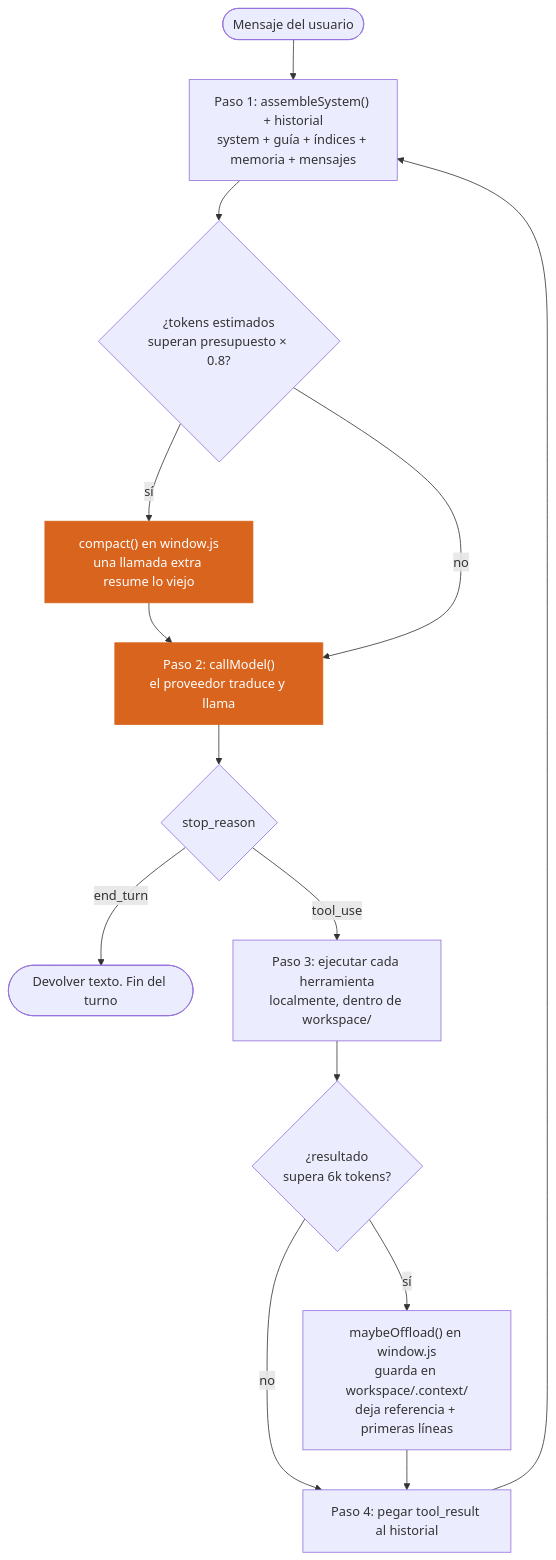
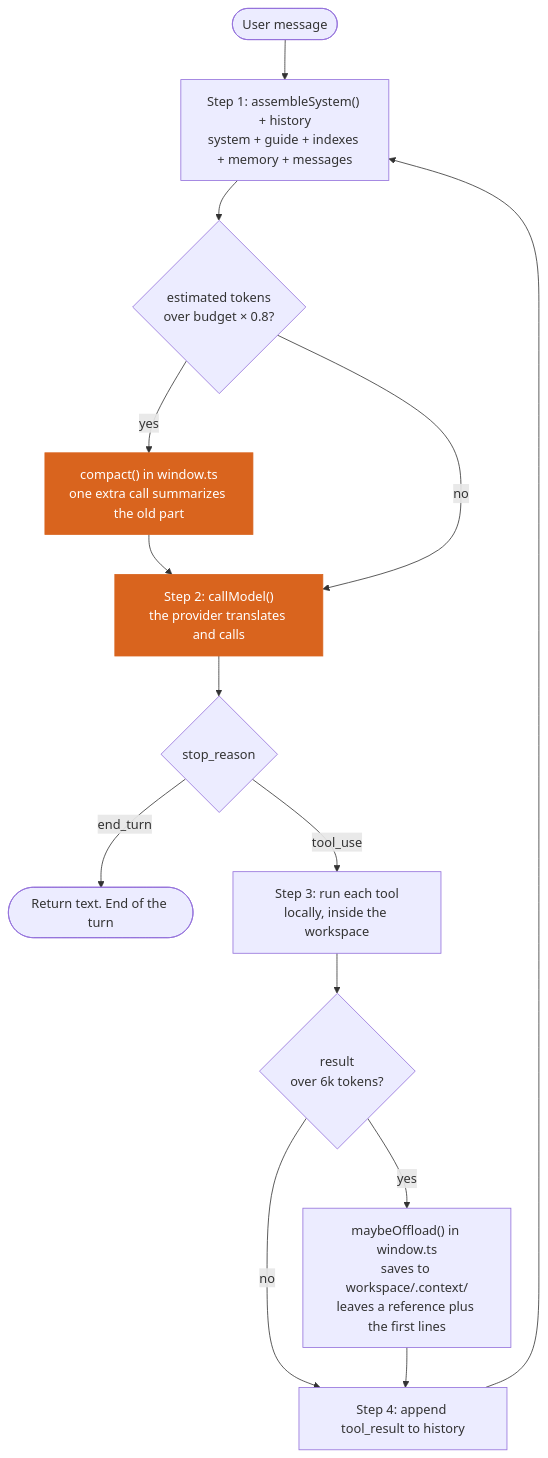
One commit to ada-school/ada-harness changed the fourth of 15 diagrams in README.md. Above: the diagram before and after it, drawn with Mermaid. The commit also changed other lines of this file and 95 other files, not shown here.

````diff
--- a/README.md
+++ b/README.md
@@ -239,18 +259,18 @@
 ```mermaid
 flowchart TD
-    START(["Mensaje del usuario"]) --> ASM["Paso 1: assembleSystem() + historial<br/>system + guía + índices + memoria + mensajes"]
-    ASM --> CHECK{"¿tokens estimados<br/>superan presupuesto × 0.8?"}
-    CHECK -->|sí| COMPACT["compact() en window.js<br/>una llamada extra resume lo viejo"]
+    START(["User message"]) --> ASM["Step 1: assembleSystem() + history<br/>system + guide + indexes + memory + messages"]
+    ASM --> CHECK{"estimated tokens<br/>over budget × 0.8?"}
+    CHECK -->|yes| COMPACT["compact() in window.ts<br/>one extra call summarizes the old part"]
     COMPACT --> CALL
-    CHECK -->|no| CALL["Paso 2: callModel()<br/>el proveedor traduce y llama"]
+    CHECK -->|no| CALL["Step 2: callModel()<br/>the provider translates and calls"]
     CALL --> STOP{"stop_reason"}
-    STOP -->|"end_turn"| DONE(["Devolver texto. Fin del turno"])
-    STOP -->|"tool_use"| EXEC["Paso 3: ejecutar cada herramienta<br/>localmente, dentro de workspace/"]
-    EXEC --> OFF{"¿resultado<br/>supera 6k tokens?"}
-    OFF -->|sí| DISK["maybeOffload() en window.js<br/>guarda en workspace/.context/<br/>deja referencia + primeras líneas"]
+    STOP -->|"end_turn"| DONE(["Return text. End of the turn"])
+    STOP -->|"tool_use"| EXEC["Step 3: run each tool<br/>locally, inside the workspace"]
+    EXEC --> OFF{"result<br/>over 6k tokens?"}
+    OFF -->|yes| DISK["maybeOffload() in window.ts<br/>saves to workspace/.context/<br/>leaves a reference plus the first lines"]
     OFF -->|no| APPEND
-    DISK --> APPEND["Paso 4: pegar tool_result al historial"]
+    DISK --> APPEND["Step 4: append tool_result to history"]
     APPEND --> ASM
     style CALL fill:#d9641e,color:#fff,stroke:#d9641e
     style COMPACT fill:#d9641e,color:#fff,stroke:#d9641e
 ```
````
